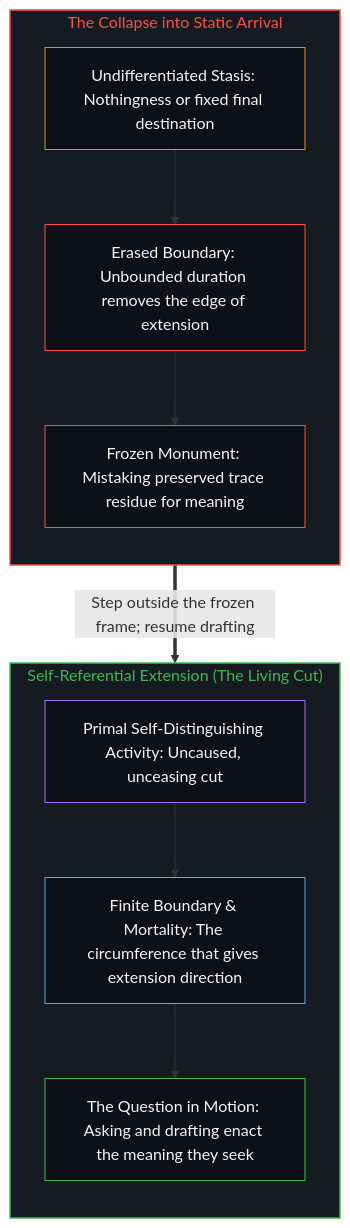
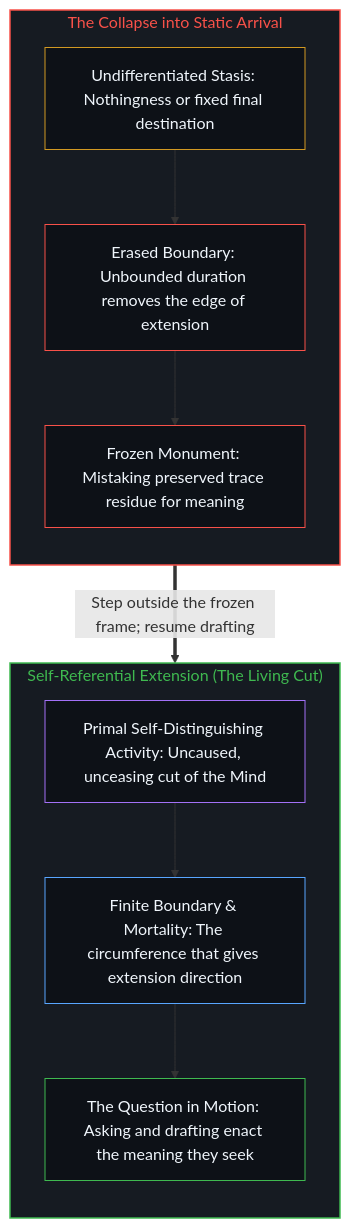
The second of 2 diagrams in content/posts/meaning-of-life-refined.md (powerpig99/not-a-toe), drawn with Mermaid before and after one commit. The commit also changed other lines of this file and 7 other files, not shown here.

````diff
--- a/content/posts/meaning-of-life-refined.md
+++ b/content/posts/meaning-of-life-refined.md
@@ -56,26 +56,26 @@
 ```mermaid
 flowchart TD
     subgraph S_Stasis["The Collapse into Static Arrival"]
         direction TB
         C_Void["Undifferentiated Stasis: Nothingness or fixed final destination"]
         C_Bound["Erased Boundary: Unbounded duration removes the edge of extension"]
         C_Freeze["Frozen Monument: Mistaking preserved trace residue for meaning"]
         C_Void --> C_Bound --> C_Freeze
     end
     subgraph S_Live["Self-Referential Extension (The Living Cut)"]
         direction TB
-        L_Act["Primal Self-Distinguishing Activity: Uncaused, unceasing cut"]
+        L_Act["Primal Self-Distinguishing Activity: Uncaused, unceasing cut of the Mind"]
         L_Edge["Finite Boundary & Mortality: The circumference that gives extension direction"]
         L_Ask["The Question in Motion: Asking and drafting enact the meaning they seek"]
         L_Act --> L_Edge --> L_Ask
     end
     C_Freeze ==>|"Step outside the frozen frame; resume drafting"| L_Act
     style S_Stasis fill:#161b22,stroke:#f85149,stroke-width:1.5px,color:#f85149
     style S_Live fill:#161b22,stroke:#3fb950,stroke-width:1.5px,color:#3fb950
     style C_Void fill:#0d1117,stroke:#d29922,stroke-width:1px,color:#f0f6fc
     style C_Bound fill:#0d1117,stroke:#f85149,stroke-width:1px,color:#f0f6fc
     style C_Freeze fill:#0d1117,stroke:#f85149,stroke-width:1px,color:#f0f6fc
     style L_Act fill:#0d1117,stroke:#a371f7,stroke-width:1px,color:#f0f6fc
     style L_Edge fill:#0d1117,stroke:#58a6ff,stroke-width:1px,color:#f0f6fc
     style L_Ask fill:#0d1117,stroke:#3fb950,stroke-width:1px,color:#f0f6fc
 ```
````
